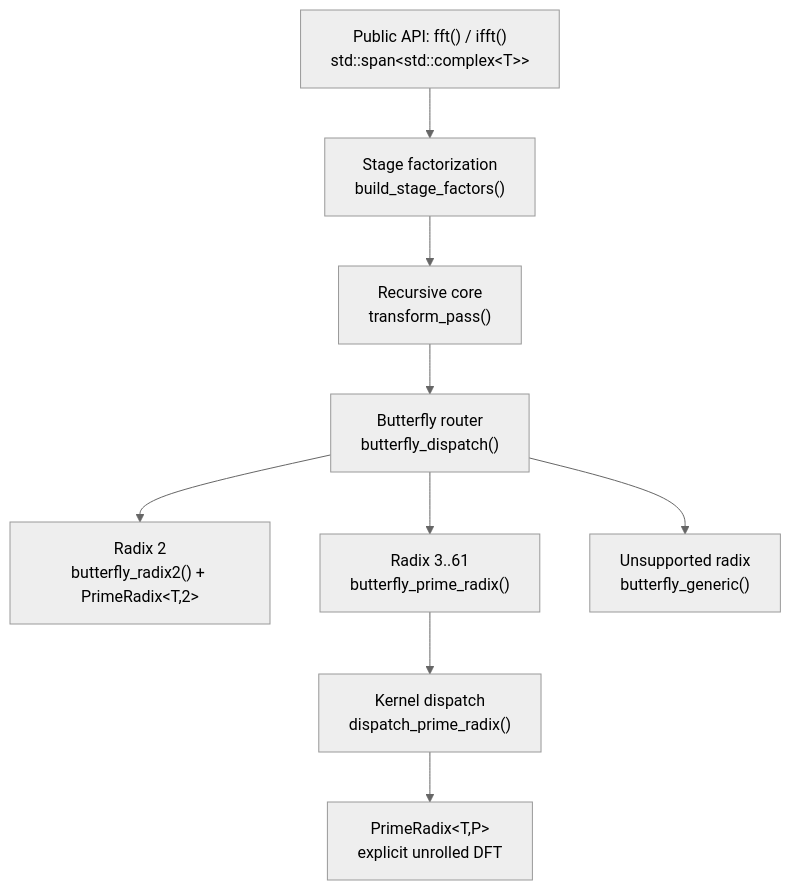
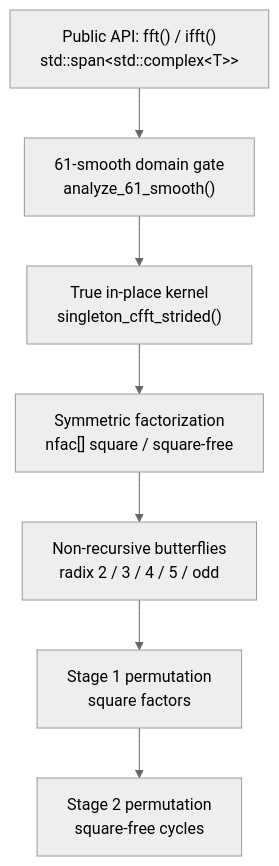
The diagram in docs/02_SINGLETON_CFFT_STRUCTURE.md (BonaSapiensInc/MosaiQ-Singleton-FFT), drawn with Mermaid (neutral theme) before and after one commit. The commit also changed other lines of this file and 12 other files, not shown here.

Commit message:
refactor(fft): restore pure in-place Singleton engine, dual-license (AGPLv3/$199) & add RH note

````diff
--- a/docs/02_SINGLETON_CFFT_STRUCTURE.md
+++ b/docs/02_SINGLETON_CFFT_STRUCTURE.md
@@ -37,11 +35,9 @@
 ```mermaid
 flowchart TD
-    A["Public API: fft() / ifft()<br/>std::span&lt;std::complex&lt;T&gt;&gt;"] --> B["Stage factorization<br/>build_stage_factors()"]
-    B --> C["Recursive core<br/>transform_pass()"]
-    C --> D["Butterfly router<br/>butterfly_dispatch()"]
-    D --> E["Radix 2<br/>butterfly_radix2() + PrimeRadix&lt;T,2&gt;"]
-    D --> F["Radix 3..61<br/>butterfly_prime_radix()"]
-    F --> G["Kernel dispatch<br/>dispatch_prime_radix()"]
-    G --> H["PrimeRadix&lt;T,P&gt;<br/>explicit unrolled DFT"]
-    D --> I["Unsupported radix<br/>butterfly_generic()"]
+    A["Public API: fft() / ifft()<br/>std::span&lt;std::complex&lt;T&gt;&gt;"] --> B["61-smooth domain gate<br/>analyze_61_smooth()"]
+    B --> C["True in-place kernel<br/>singleton_cfft_strided()"]
+    C --> D["Symmetric factorization<br/>nfac[] square / square-free"]
+    D --> E["Non-recursive butterflies<br/>radix 2 / 3 / 4 / 5 / odd"]
+    E --> F["Stage 1 permutation<br/>square factors"]
+    F --> G["Stage 2 permutation<br/>square-free cycles"]
 ```
````
